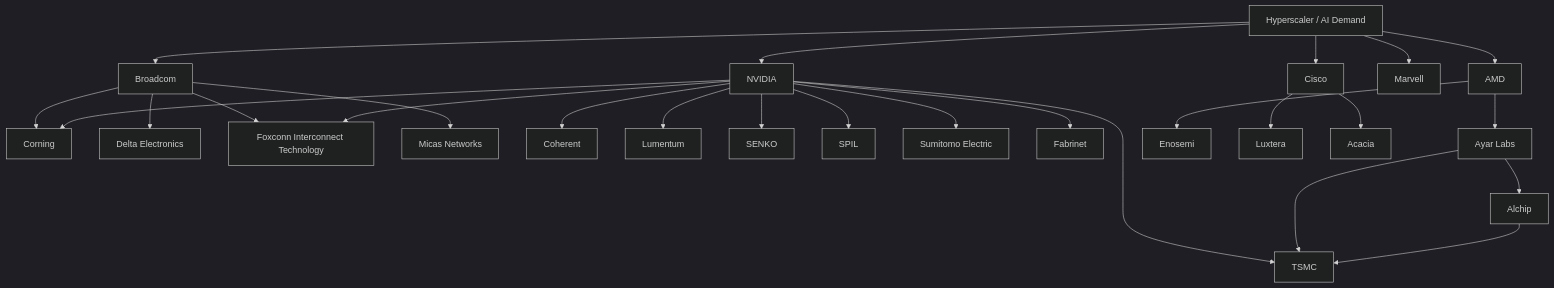
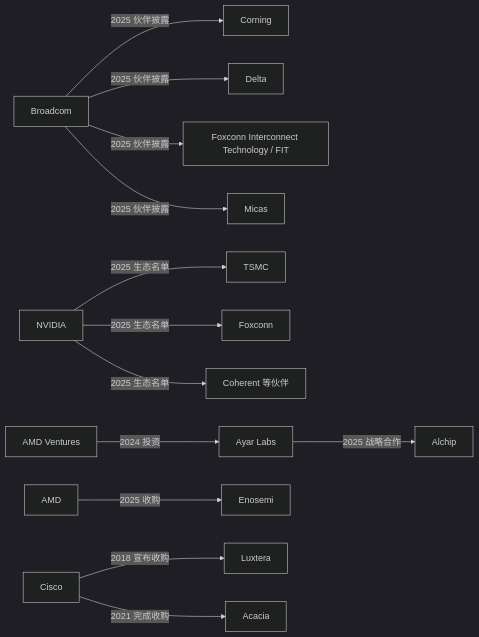
The diagram in CPO/wiki/10-company-ecosystem/partnership-map.md (microarch-flow/wiki), drawn with Mermaid (dark theme) before and after one commit. The commit also changed other lines of this file and 458 other files, not shown here.

````diff
--- a/CPO/wiki/10-company-ecosystem/partnership-map.md
+++ b/CPO/wiki/10-company-ecosystem/partnership-map.md
@@ -9,33 +9,15 @@
 ```mermaid
-graph TD
-    A[Hyperscaler / AI Demand] --> B[Broadcom]
-    A --> C[NVIDIA]
-    A --> D[Cisco]
-    A --> E[Marvell]
-    A --> F[AMD]
-
-    B --> G[Corning]
-    B --> H[Delta Electronics]
-    B --> I[Foxconn Interconnect Technology]
-    B --> J[Micas Networks]
-
-    C --> K[TSMC]
-    C --> L[Coherent]
-    C --> G
-    C --> I
-    C --> M[Lumentum]
-    C --> N[SENKO]
-    C --> O[SPIL]
-    C --> P[Sumitomo Electric]
-    C --> Q[Fabrinet]
-
-    R[Ayar Labs] --> K
-    R --> S[Alchip]
-    S --> K
-
-    F --> R
-    F --> T[Enosemi]
-
-    D --> U[Luxtera]
-    D --> V[Acacia]
+graph LR
+    B[Broadcom] -->|2025 伙伴披露| G[Corning]
+    B -->|2025 伙伴披露| H[Delta]
+    B -->|2025 伙伴披露| I[Foxconn Interconnect Technology / FIT]
+    B -->|2025 伙伴披露| J[Micas]
+    C[NVIDIA] -->|2025 生态名单| K[TSMC]
+    C -->|2025 生态名单| F[Foxconn]
+    C -->|2025 生态名单| L[Coherent 等伙伴]
+    R[Ayar Labs] -->|2025 战略合作| S[Alchip]
+    V[AMD Ventures] -->|2024 投资| R
+    A[AMD] -->|2025 收购| T[Enosemi]
+    D[Cisco] -->|2018 宣布收购| U[Luxtera]
+    D -->|2021 完成收购| W[Acacia]
 ```
````
